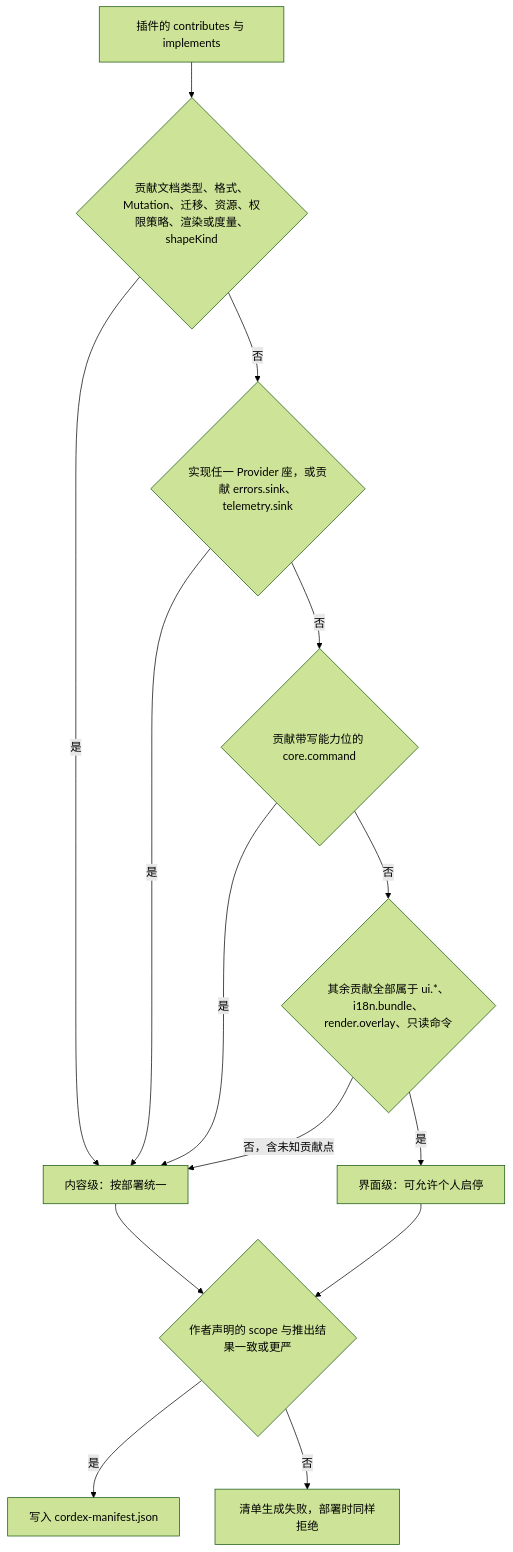
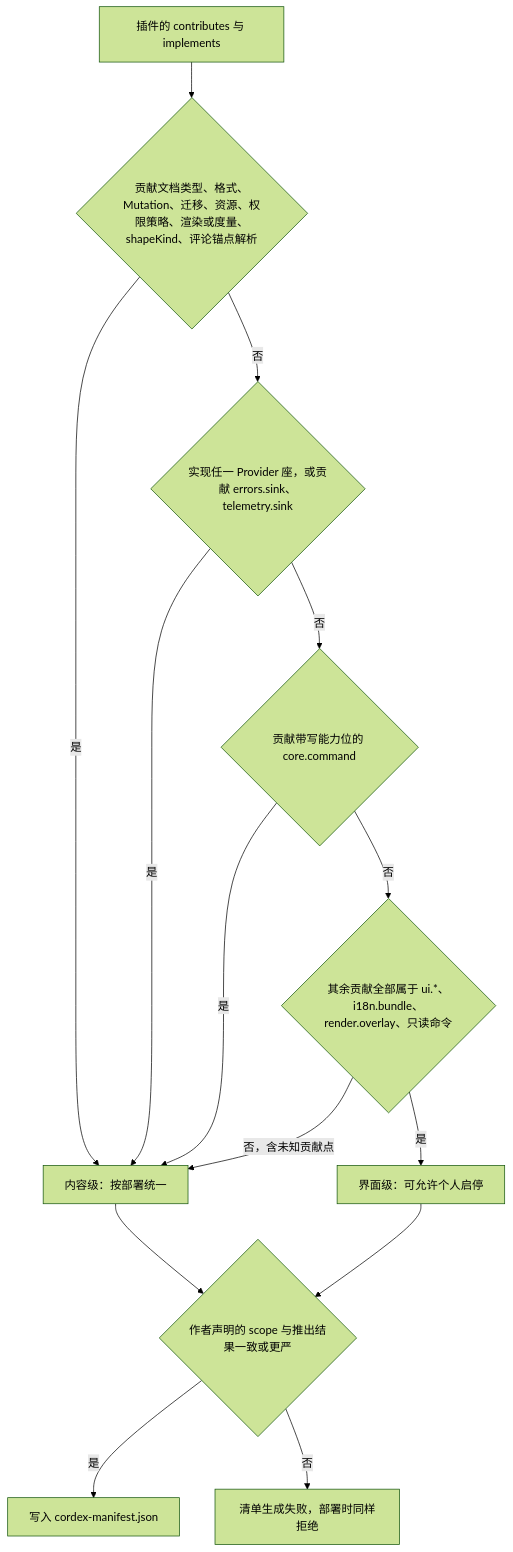
Before and after one commit to Xeonice/cordis-ppt-editor: the second of 5 diagrams in docs/10-prd/03-features/09-plugin-manager.md, drawn with Mermaid (forest theme). The commit also changed other lines of this file and 19 other files, not shown here.

````diff
--- a/docs/10-prd/03-features/09-plugin-manager.md
+++ b/docs/10-prd/03-features/09-plugin-manager.md
@@ -94,26 +94,26 @@
 ```mermaid
 flowchart TB
   start["插件的 contributes 与 implements"]
-  q1{"贡献文档类型、格式、Mutation、迁移、资源、权限策略、渲染或度量、shapeKind"}
+  q1{"贡献文档类型、格式、Mutation、迁移、资源、权限策略、渲染或度量、shapeKind、评论锚点解析"}
   q2{"实现任一 Provider 座，或贡献 errors.sink、telemetry.sink"}
   q3{"贡献带写能力位的 core.command"}
   q4{"其余贡献全部属于 ui.*、i18n.bundle、render.overlay、只读命令"}
   c["内容级：按部署统一"]
   u["界面级：可允许个人启停"]
   decl{"作者声明的 scope 与推出结果一致或更严"}
   ok["写入 cordex-manifest.json"]
   fail["清单生成失败，部署时同样拒绝"]
   start --> q1
   q1 -->|"是"| c
   q1 -->|"否"| q2
   q2 -->|"是"| c
   q2 -->|"否"| q3
   q3 -->|"是"| c
   q3 -->|"否"| q4
   q4 -->|"是"| u
   q4 -->|"否，含未知贡献点"| c
   c --> decl
   u --> decl
   decl -->|"是"| ok
   decl -->|"否"| fail
 ```
````
